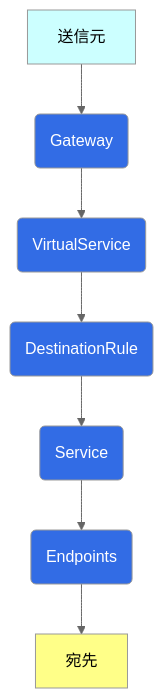
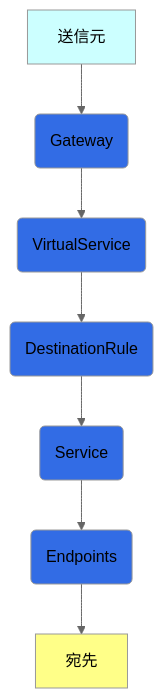
One commit to hiroki-it/hatenablog changed the first of 4 diagrams in dist/draft/【Istio⛵️】IstioによるEnvoyの抽象化.md. Above: the diagram before and after it, drawn with Mermaid (neutral theme). The commit also changed other lines of this file, not shown here.

````diff
--- a/dist/draft/【Istio⛵️】IstioによるEnvoyの抽象化.md
+++ b/dist/draft/【Istio⛵️】IstioによるEnvoyの抽象化.md
@@ -65,18 +65,18 @@
 ```mermaid
 flowchart TD
     送信元 --> Gateway
-    Gateway(<font color=white>Gateway) --> VirtualService
-    VirtualService(<font color=white>VirtualService) --> DestinationRule
-    DestinationRule(<font color=white>DestinationRule) --> Service
-    Service(<font color=white>Service) --> Endpoints
-    Endpoints(<font color=white>Endpoints) --> 宛先
+    Gateway(Gateway) --> VirtualService
+    VirtualService(VirtualService) --> DestinationRule
+    DestinationRule(DestinationRule) --> Service
+    Service(Service) --> Endpoints
+    Endpoints(Endpoints) --> 宛先
 
     classDef sly fill :#CCFFFF;
     class 送信元 sly
 
     classDef yellow fill :#FFFF88;
     class 宛先 yellow
 
-    classDef blue fill :#326CE5;
+    classDef blue fill :#326CE5, font-color: white;
     class Gateway,VirtualService,DestinationRule,Service,Endpoints blue
 ```
````
